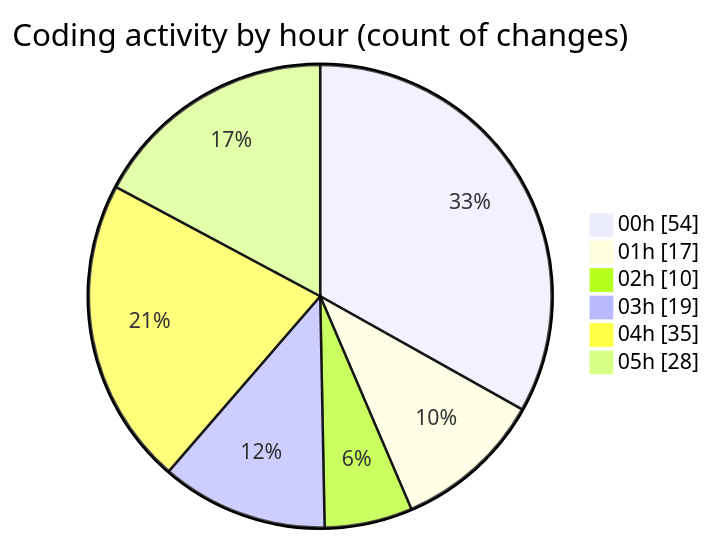
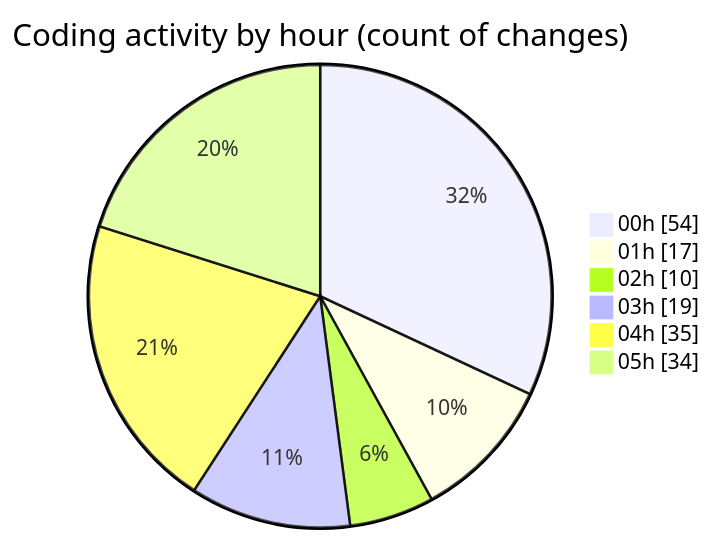
The second of 2 diagrams in 2025-07-26/quanlyrapchieuphim-1/README.md (lephambinh05/code-tracking), drawn with Mermaid before and after one commit. The commit also changed other lines of this file and 1 other file, not shown here.

````diff
--- a/2025-07-26/quanlyrapchieuphim-1/README.md
+++ b/2025-07-26/quanlyrapchieuphim-1/README.md
@@ -52,10 +53,10 @@
 ```mermaid
 pie showData
 title Coding activity by hour (count of changes)
 "00h" : 54
 "01h" : 17
 "02h" : 10
 "03h" : 19
 "04h" : 35
-"05h" : 28
+"05h" : 34
 ```
````
